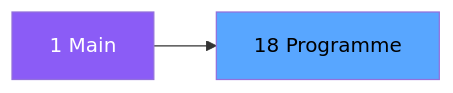
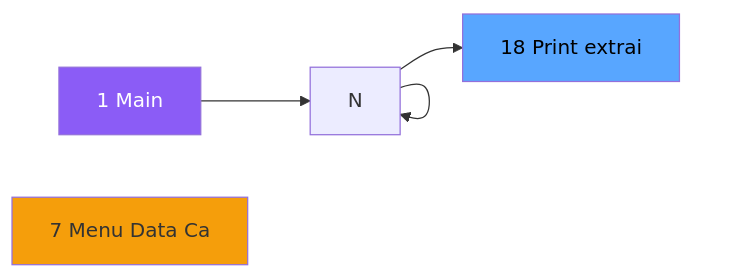
The second of 3 diagrams in .openspec/specs/ADH-IDE-18.md (thonyAGP/magic-migration), drawn with Mermaid before and after one commit. The commit also changed other lines of this file and 323 other files, not shown here.

````diff
--- a/.openspec/specs/ADH-IDE-18.md
+++ b/.openspec/specs/ADH-IDE-18.md
@@ -100,8 +109,13 @@
 ```mermaid
 graph LR
     M[1 Main]
-    T[18 Programme]
-    M --> T
+    N7[7 Menu Data Ca]
+    T[18 Print extrai]
+    M --> N
+    N --> N
+    N --> N
+    N --> T
     style M fill:#8b5cf6,color:#fff
+    style N7 fill:#f59e0b
     style T fill:#58a6ff,color:#000
 ```
````
